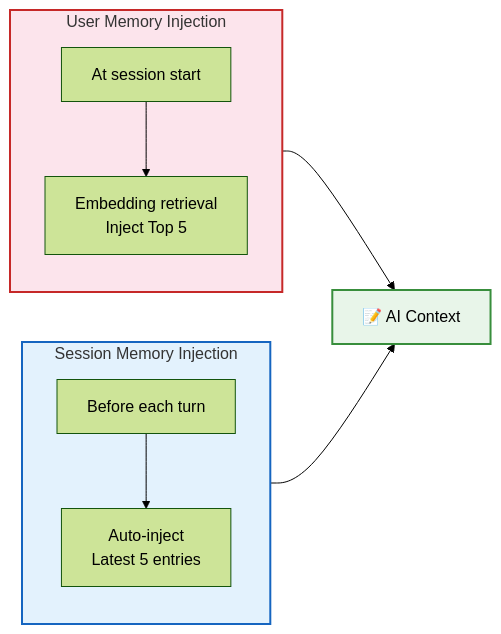
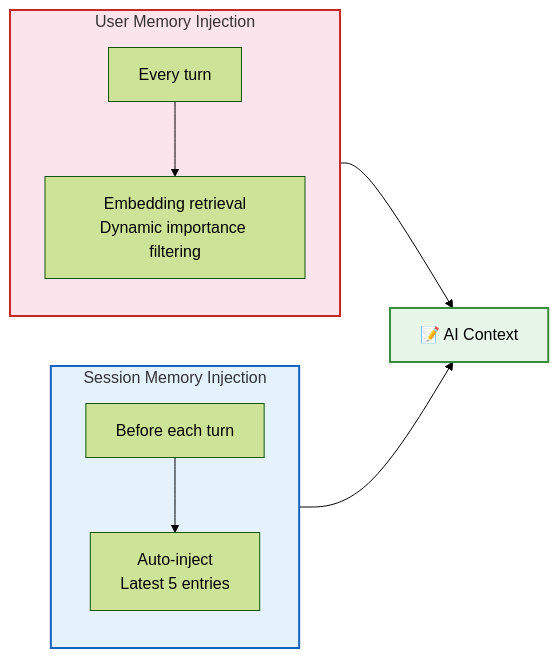
Before and after one commit to rtc-agent/docs: the fifth of 7 diagrams in src/content/docs/en/features/memory.md, drawn with Mermaid (forest theme). The commit also changed other lines of this file and 60 other files, not shown here.

First line of the commit message:
docs(site): refresh documentation with new sections and improved diagrams

````diff
--- a/src/content/docs/en/features/memory.md
+++ b/src/content/docs/en/features/memory.md
@@ -204,19 +202,19 @@
 ```mermaid
 flowchart LR
     subgraph SM_INJECT["Session Memory Injection"]
         direction TB
         SM1["Before each turn"] --> SM2["Auto-inject<br/>Latest 5 entries"]
     end
 
     subgraph UM_INJECT["User Memory Injection"]
         direction TB
-        UM1["At session start"] --> UM2["Embedding retrieval<br/>Inject Top 5"]
+        UM1["Every turn"] --> UM2["Embedding retrieval<br/>Dynamic importance filtering"]
     end
 
     SM2 --> CTX["📝 AI Context"]
     UM2 --> CTX
 
     style SM_INJECT fill:#e3f2fd,stroke:#1565c0,stroke-width:2px
     style UM_INJECT fill:#fce4ec,stroke:#c62828,stroke-width:2px
     style CTX fill:#e8f5e9,stroke:#388e3c,stroke-width:2px
 ```
````
